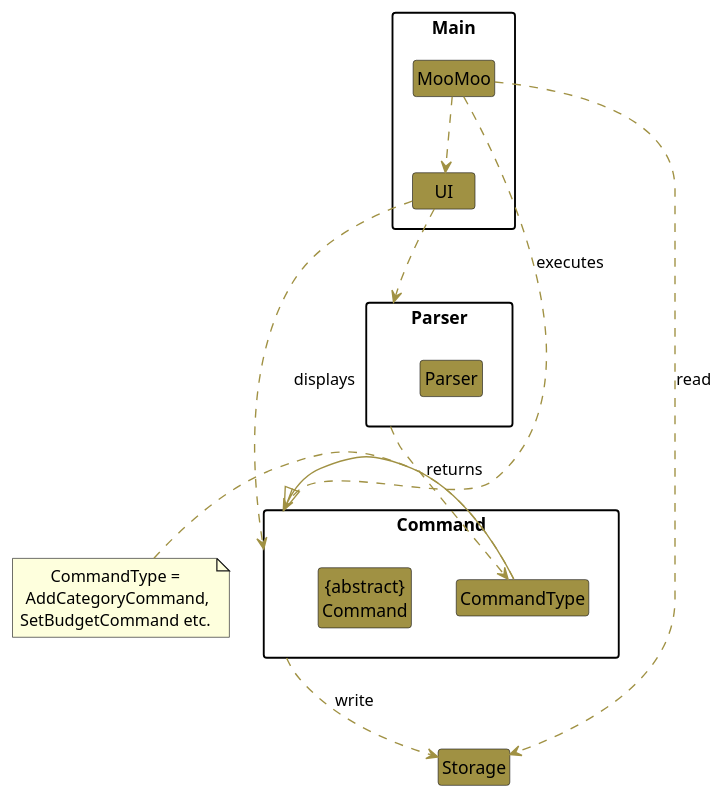
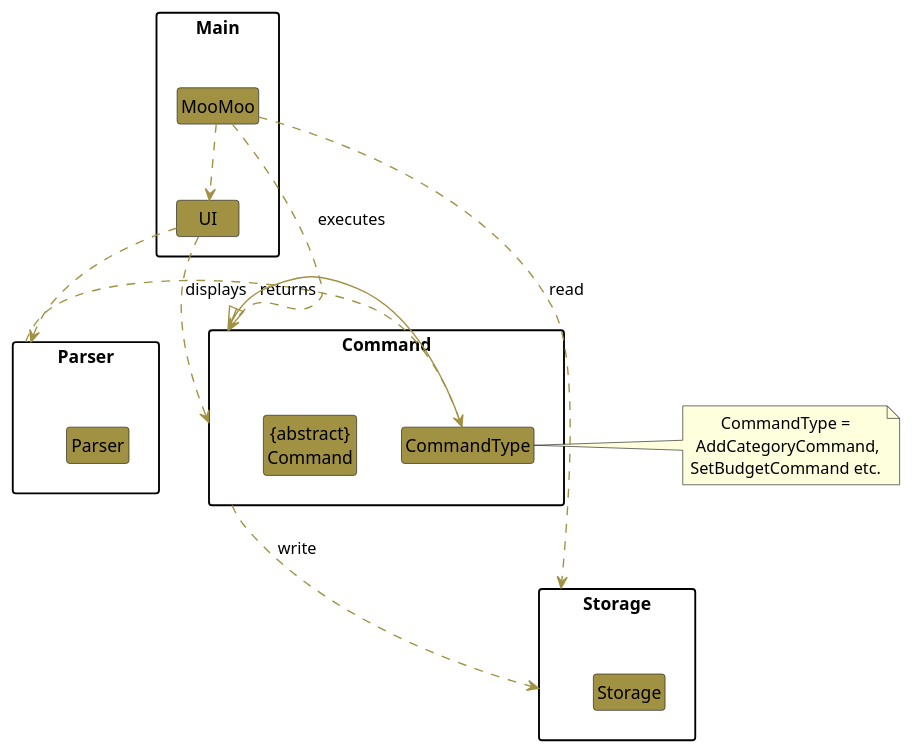
The diagram in docs/images/UML/Parser.puml (nusCS2113-AY1920S1/PersonalAssistant-Duke), drawn with PlantUML before and after one commit. The commit also changed 1 other file, not shown here.

Commit message:
Added budget command

```diff
--- a/docs/images/UML/Parser.puml
+++ b/docs/images/UML/Parser.puml
@@ -1,43 +1,45 @@
 @startuml
 skinparam arrowThickness 1.1
 skinparam arrowColor #A09143
 skinparam classBackgroundColor #A09143
 
 hide footbox
 hide members
 hide circle
 
 skinparam MinClassWidth 50
 skinparam ParticipantPadding 10
 skinparam Shadowing false
 skinparam DefaultTextAlignment center
 skinparam packageStyle Rectangle
 
 
 package Main {
 Class MooMoo
 Class UI
 }
 
 package Parser {
 Class Parser
 }
 
 package Command {
 Class "{abstract}\nCommand" as Command
 Class CommandType
 }
 
+package Storage {
+Class Storage
+}
+
 UI ..> Parser
-Parser ..> CommandType : returns
+Parser ..right> CommandType : returns
 note left of CommandType: CommandType =\n AddCategoryCommand,\nSetBudgetCommand etc.
 
 MooMoo ..> Command : executes
 CommandType -|> Command
 Command ..> Storage : write
 MooMoo ..> UI
 MooMoo ..> Storage : read
 UI ..> Command : displays
-
-
 @enduml
```
